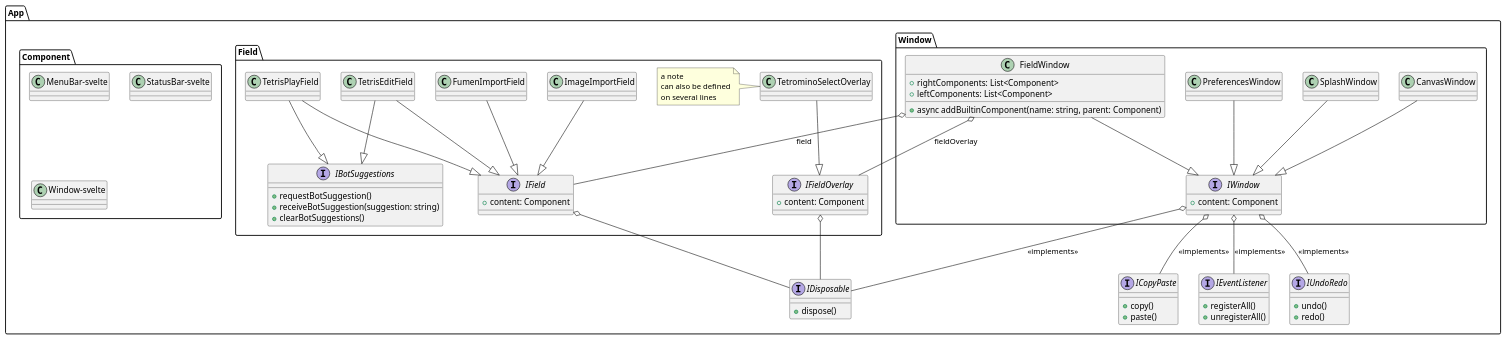
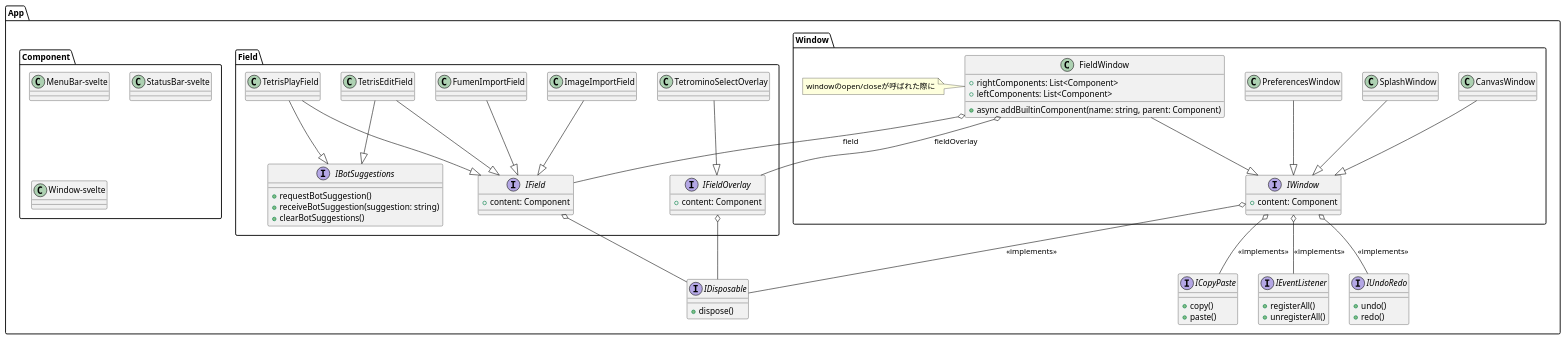
The diagram in uml/main.plantuml (CSDotNET0211/fumen-rs), drawn with PlantUML before and after one commit. The commit also changed 116 other files, not shown here.

```diff
--- a/uml/main.plantuml
+++ b/uml/main.plantuml
@@ -1,102 +1,103 @@
 @startuml a
 package App {
 
 package Window
 {
 
     interface IWindow {
         + content: Component
     }
     class FieldWindow {
         + rightComponents: List<Component>
         + leftComponents: List<Component>
         + async addBuiltinComponent(name: string, parent: Component)
     }
+
+note left
+    windowのopen/closeが呼ばれた際に
+end note
+
     class PreferencesWindow
     class CanvasWindow
     class SplashWindow
 
     FieldWindow --|> IWindow
     PreferencesWindow --|> IWindow
     CanvasWindow --|> IWindow
     SplashWindow --|> IWindow
 }
 
 package Component {
 
 class MenuBar-svelte{}
 class StatusBar-svelte{}
 class Window-svelte{
 
 }
 }
 
 interface IDisposable {
     + dispose()
 }
 
 interface IUndoRedo {
     + undo()
     + redo()
 }
 interface ICopyPaste
 {
     + copy()
     + paste()
 }
 interface IEventListener {
     + registerAll()
     + unregisterAll()
 }
 
 
 
 Window.IWindow o-- IEventListener : <<implements>>
 
 Window.IWindow o-- IDisposable : <<implements>>
 Window.IWindow o-- IUndoRedo : <<implements>>
 Window.IWindow o-- ICopyPaste : <<implements>>
 
 package Field
 {
     interface IField {
     + content: Component
 }
 interface IFieldOverlay {
     + content: Component
 }
 
 interface IBotSuggestions{
     + requestBotSuggestion()
     + receiveBotSuggestion(suggestion: string)
     + clearBotSuggestions()
 }
 
 
 class TetrisEditField
 class TetrisPlayField
 class FumenImportField
 class ImageImportField
 class TetrominoSelectOverlay
 
 TetrisPlayField --|> IBotSuggestions
 TetrisEditField --|> IBotSuggestions
 TetrisEditField --|> IField
 TetrisPlayField --|> IField
 FumenImportField --|> IField
 ImageImportField --|> IField
 TetrominoSelectOverlay --|> IFieldOverlay
 
 FieldWindow o-- IField : field
 FieldWindow o-- IFieldOverlay : fieldOverlay
 
 IField o-- IDisposable
 IFieldOverlay o-- IDisposable
-note left
-    a note
-    can also be defined
-    on several lines
-end note
+
 }
 }
 @enduml
```
